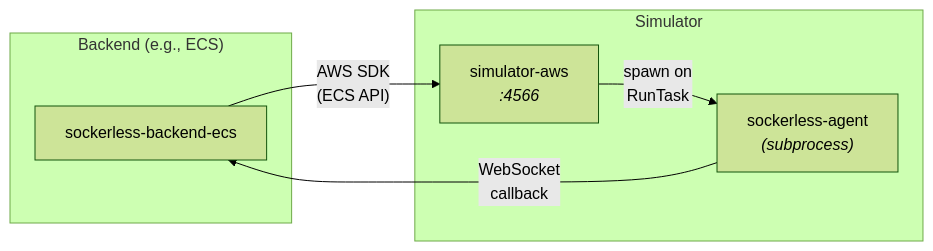
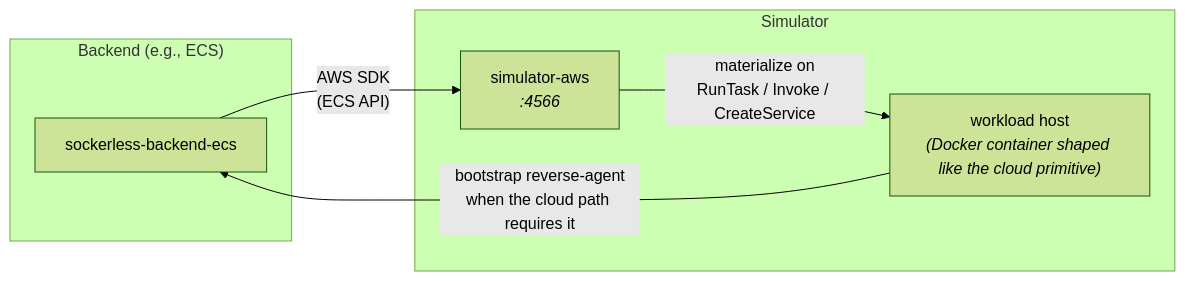
Before and after one commit to e6qu/sockerless: diagram 18 of 19 in ARCHITECTURE.md, drawn with Mermaid (forest theme). The commit also changed other lines of this file and 64 other files, not shown here.

````diff
--- a/ARCHITECTURE.md
+++ b/ARCHITECTURE.md
@@ -526,15 +523,15 @@
 ```mermaid
 graph LR
     subgraph "Backend (e.g., ECS)"
         BE2["sockerless-backend-ecs"]
     end
 
     subgraph "Simulator"
         SIM2["simulator-aws<br/><i>:4566</i>"]
-        AGENT["sockerless-agent<br/><i>(subprocess)</i>"]
+        HOST["workload host<br/><i>(Docker container shaped like the cloud primitive)</i>"]
     end
 
     BE2 -->|"AWS SDK<br/>(ECS API)"| SIM2
-    SIM2 -->|"spawn on<br/>RunTask"| AGENT
-    AGENT -->|"WebSocket<br/>callback"| BE2
+    SIM2 -->|"materialize on<br/>RunTask / Invoke / CreateService"| HOST
+    HOST -->|"bootstrap reverse-agent<br/>when the cloud path requires it"| BE2
 ```
````
